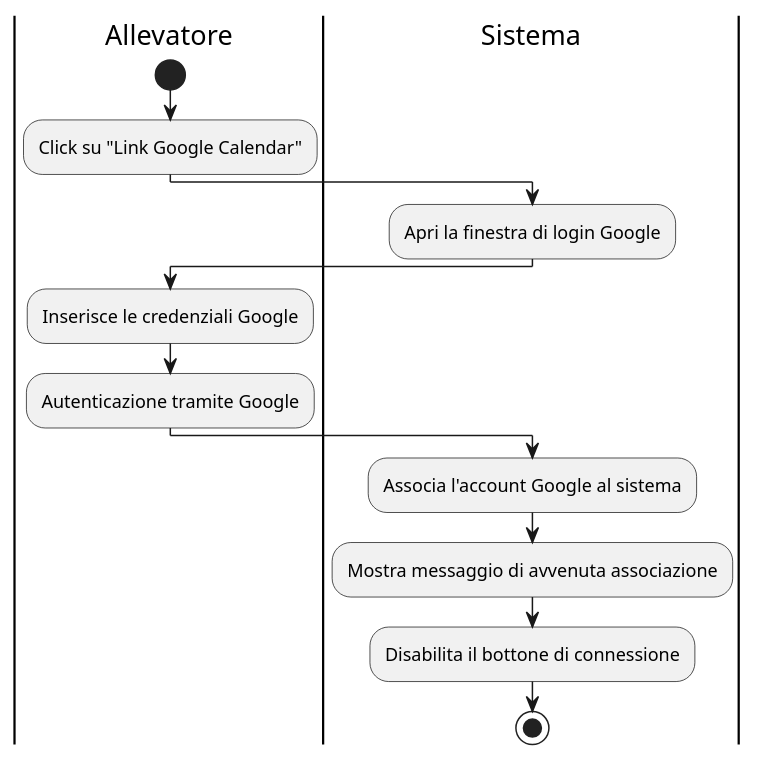
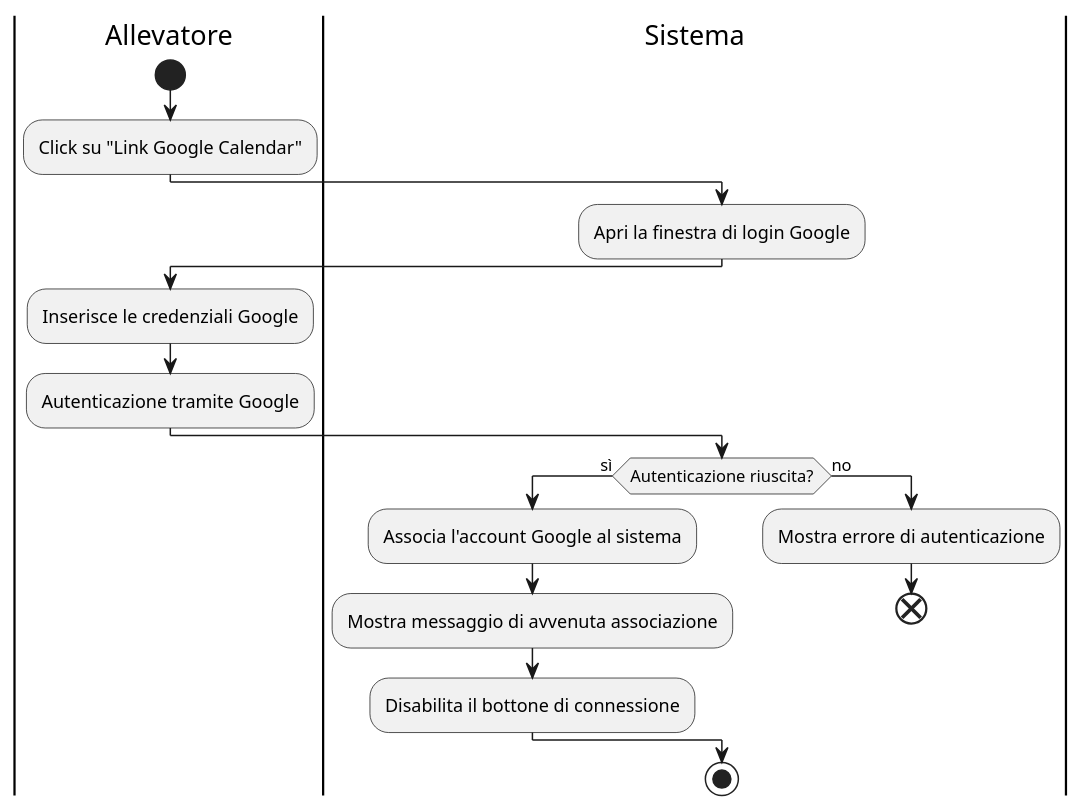
One commit to cristiancundari/birdbase changed diagram 11 of 27 in docs/sezioni/usecases/2_activitydiagrams.md. Above: the diagram before and after it, drawn with PlantUML. The commit also changed other lines of this file and 4 other files, not shown here.

````diff
--- a/docs/sezioni/usecases/2_activitydiagrams.md
+++ b/docs/sezioni/usecases/2_activitydiagrams.md
@@ -242,21 +292,22 @@
 ```plantuml
 @startuml
 |Allevatore|
 start
 :Click su "Link Google Calendar";
-
 |Sistema|
 :Apri la finestra di login Google;
-
 |Allevatore|
 :Inserisce le credenziali Google;
 :Autenticazione tramite Google;
-
 |Sistema|
-:Associa l'account Google al sistema;
-:Mostra messaggio di avvenuta associazione;
-:Disabilita il bottone di connessione;
-
+if (Autenticazione riuscita?) then (sì)
+    :Associa l'account Google al sistema;
+    :Mostra messaggio di avvenuta associazione;
+    :Disabilita il bottone di connessione;
+else (no)
+    :Mostra errore di autenticazione;
+    end
+endif
 stop
 @enduml
 ```
````
